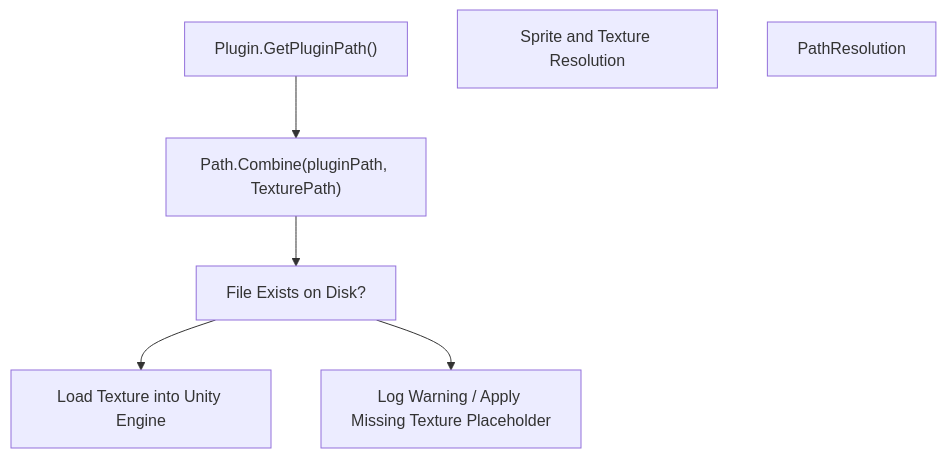
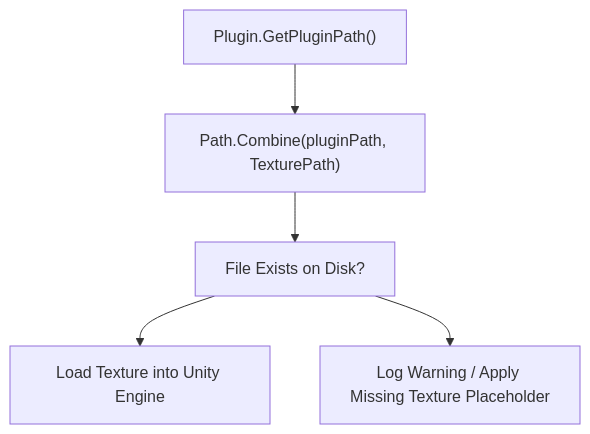
The third of 3 diagrams in wiki/Données JSON des Cartes et Importation.md (Drakilis-57/WankulCrazy), drawn with Mermaid before and after one commit. The commit also changed other lines of this file and 11 other files, not shown here.

````diff
--- a/wiki/Données JSON des Cartes et Importation.md
+++ b/wiki/Données JSON des Cartes et Importation.md
@@ -141,16 +137,14 @@
 ```mermaid
 flowchart TD
 
 PluginPath["Plugin.GetPluginPath()"]
 CombinePath["Path.Combine(pluginPath, TexturePath)"]
 FileCheck["File Exists on Disk?"]
 LoadTexture["Load Texture into Unity Engine"]
 Fallback["Log Warning / Apply Missing Texture Placeholder"]
-sub:PathResolution["Sprite and Texture Resolution"]
-PathResolution["PathResolution"]
 
 PluginPath --> CombinePath
 CombinePath --> FileCheck
 FileCheck --> LoadTexture
 FileCheck --> Fallback
 ```
````
